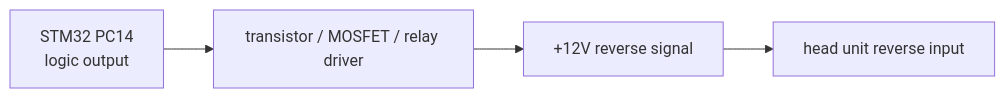
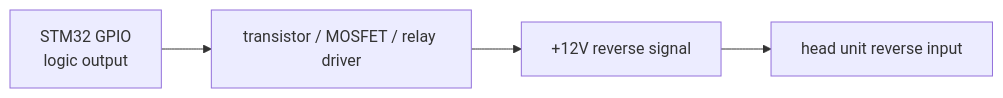
The third of 3 diagrams in docs/HARDWARE_WIRING_MOD_GUIDE.md (mrglonin/canbus2can35), drawn with Mermaid before and after one commit. The commit also changed other lines of this file and 630 other files, not shown here.

````diff
--- a/docs/HARDWARE_WIRING_MOD_GUIDE.md
+++ b/docs/HARDWARE_WIRING_MOD_GUIDE.md
@@ -184,6 +184,6 @@
 ```mermaid
 flowchart LR
-  MCU["STM32 PC14\nlogic output"] --> D["transistor / MOSFET / relay driver"]
+  MCU["STM32 GPIO\nlogic output"] --> D["transistor / MOSFET / relay driver"]
   D --> R["+12V reverse signal"]
   R --> H["head unit reverse input"]
 ```
````
